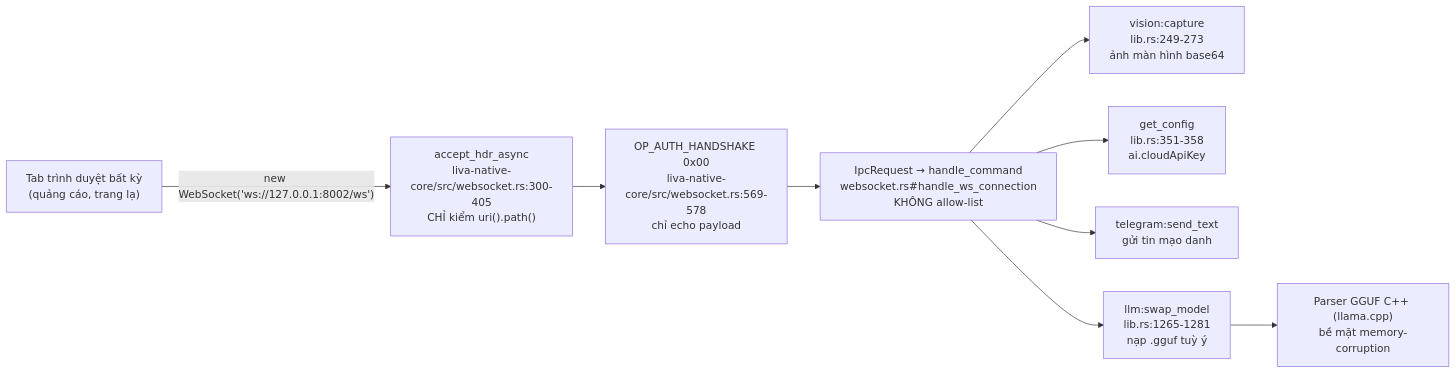
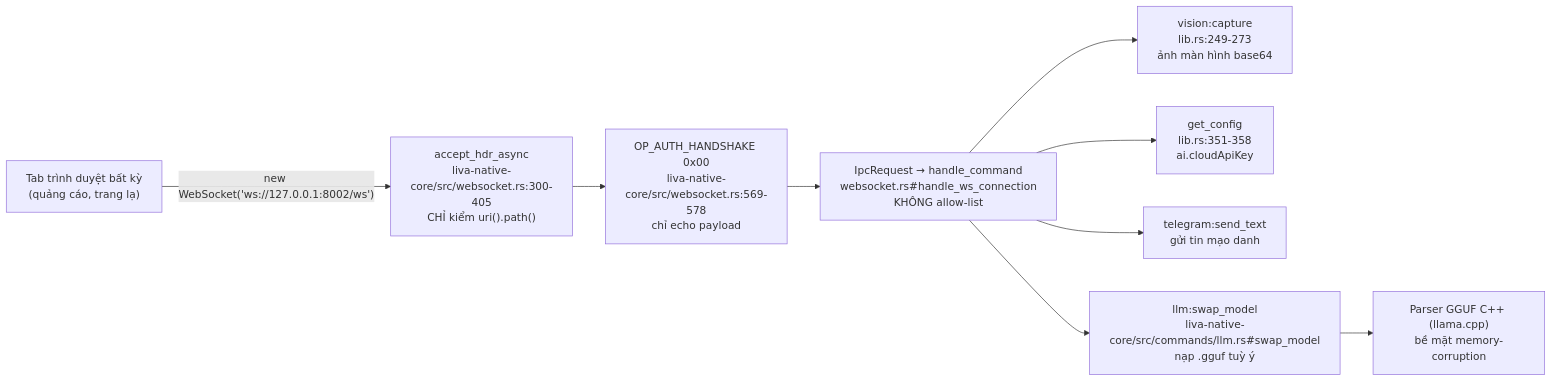
One commit to DuongNAD/LIVA changed the first of 2 diagrams in docs/03-danh-gia/02-no-ky-thuat-va-rui-ro.md. Above: the diagram before and after it, drawn with Mermaid. The commit also changed other lines of this file and 18 other files, not shown here.

````diff
--- a/docs/03-danh-gia/02-no-ky-thuat-va-rui-ro.md
+++ b/docs/03-danh-gia/02-no-ky-thuat-va-rui-ro.md
@@ -119,11 +119,11 @@
 ```mermaid
 flowchart LR
     A["Tab trình duyệt bất kỳ<br/>(quảng cáo, trang lạ)"] -->|"new WebSocket('ws://127.0.0.1:8002/ws')"| B["accept_hdr_async<br/>liva-native-core/src/websocket.rs:300-405<br/>CHỈ kiểm uri().path()"]
     B --> C["OP_AUTH_HANDSHAKE 0x00<br/>liva-native-core/src/websocket.rs:569-578<br/>chỉ echo payload"]
     C --> D["IpcRequest → handle_command<br/>websocket.rs#handle_ws_connection<br/>KHÔNG allow-list"]
     D --> E1["vision:capture<br/>lib.rs:249-273<br/>ảnh màn hình base64"]
     D --> E2["get_config<br/>lib.rs:351-358<br/>ai.cloudApiKey"]
     D --> E3["telegram:send_text<br/>gửi tin mạo danh"]
-    D --> E4["llm:swap_model<br/>lib.rs:1265-1281<br/>nạp .gguf tuỳ ý"]
+    D --> E4["llm:swap_model<br/>liva-native-core/src/commands/llm.rs#swap_model<br/>nạp .gguf tuỳ ý"]
     E4 --> F["Parser GGUF C++ (llama.cpp)<br/>bề mặt memory-corruption"]
 ```
````
